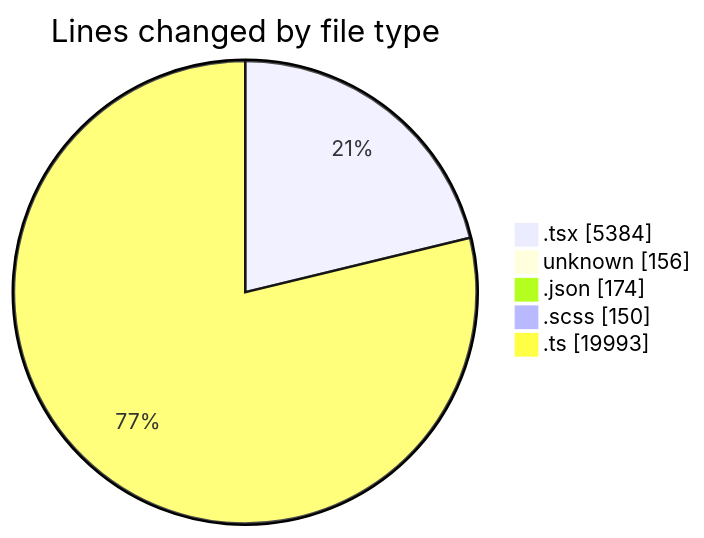
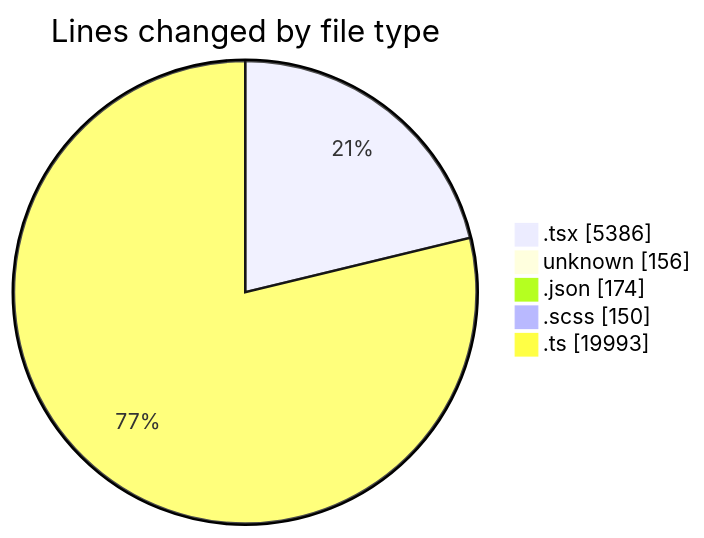
One commit to momahboobian/code-tracking changed the first of 2 diagrams in 2026-09-28/cda/README.md. Above: the diagram before and after it, drawn with Mermaid. The commit also changed other lines of this file and 1 other file, not shown here.

````diff
--- a/2026-09-28/cda/README.md
+++ b/2026-09-28/cda/README.md
@@ -46,9 +46,9 @@
 ```mermaid
 pie showData
 title Lines changed by file type
-".tsx" : 5384
+".tsx" : 5386
 "unknown" : 156
 ".json" : 174
 ".scss" : 150
 ".ts" : 19993
 ```
````
